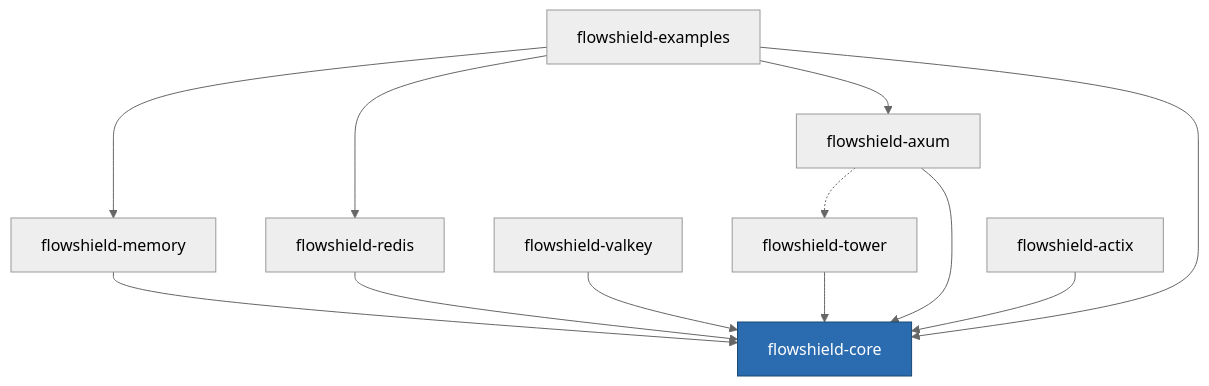
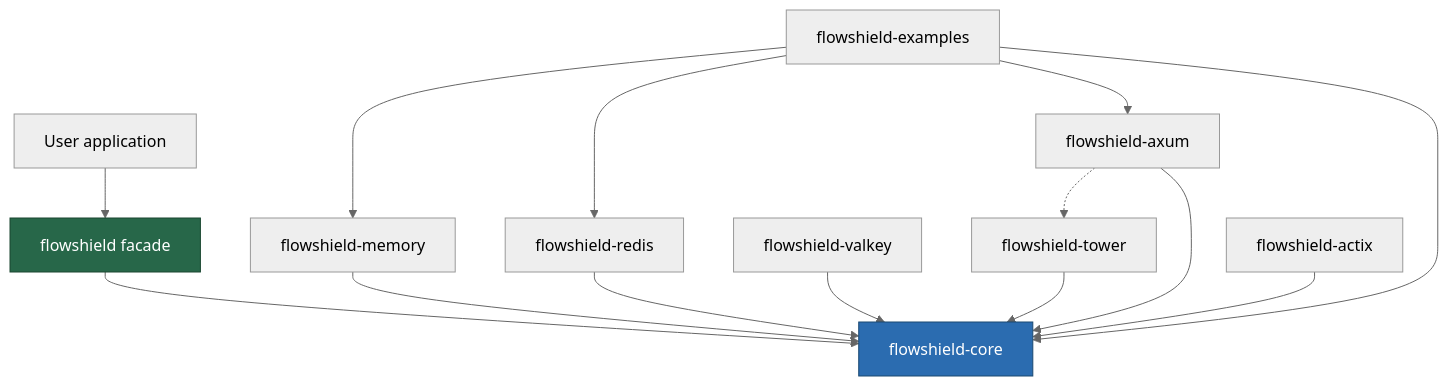
The diagram in docs/adr/ADR-003-crate-structure.md (devcalm/flowshield), drawn with Mermaid (neutral theme) before and after one commit. The commit also changed other lines of this file and 17 other files, not shown here.

Commit message:
chore: add `flowshield` facade crate and ADR-018 to define facade/core split

````diff
--- a/docs/adr/ADR-003-crate-structure.md
+++ b/docs/adr/ADR-003-crate-structure.md
@@ -39,22 +41,26 @@
 ```mermaid
 graph TD
+    APP[User application] --> FACADE
+    FACADE[flowshield facade] --> CORE
     CORE[flowshield-core]
 
     MEM[flowshield-memory] --> CORE
     REDIS[flowshield-redis] --> CORE
     VALKEY[flowshield-valkey] --> CORE
 
     TOWER[flowshield-tower] --> CORE
     AXUM[flowshield-axum] --> CORE
     ACTIX[flowshield-actix] --> CORE
 
     AXUM -.-> TOWER
 
     EX[flowshield-examples] --> CORE
     EX --> MEM
     EX --> REDIS
     EX --> AXUM
 
     classDef core fill:#2b6cb0,color:#fff,stroke:#1a4971;
     class CORE core;
+    classDef facade fill:#276749,color:#fff,stroke:#1a4731;
+    class FACADE facade;
 ```
````
